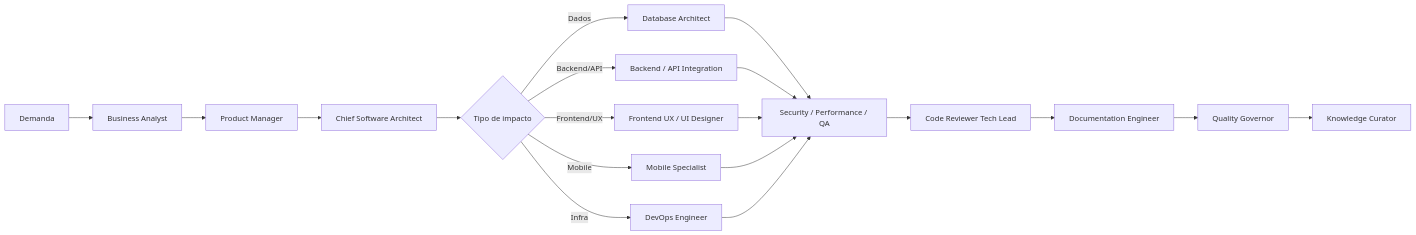
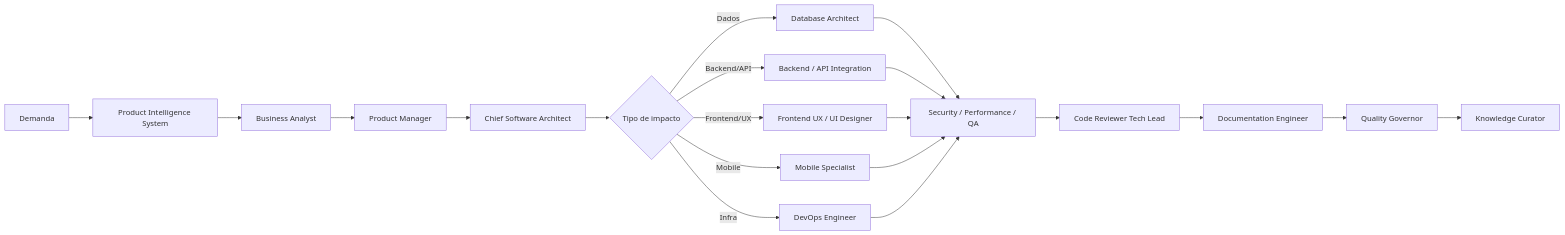
One commit to thyags/method-ceip changed the diagram in AGENTS.md. Above: the diagram before and after it, drawn with Mermaid. The commit also changed other lines of this file and 103 other files, not shown here.

Commit message:
Add Product Intelligence System

````diff
--- a/AGENTS.md
+++ b/AGENTS.md
@@ -45,21 +49,22 @@
 ```mermaid
 flowchart LR
-    A["Demanda"] --> B["Business Analyst"]
+    A["Demanda"] --> A1["Product Intelligence System"]
+    A1 --> B["Business Analyst"]
     B --> C["Product Manager"]
     C --> D["Chief Software Architect"]
     D --> E{"Tipo de impacto"}
     E -->|Dados| F["Database Architect"]
     E -->|Backend/API| G["Backend / API Integration"]
     E -->|Frontend/UX| H["Frontend UX / UI Designer"]
     E -->|Mobile| I["Mobile Specialist"]
     E -->|Infra| J["DevOps Engineer"]
     F --> K["Security / Performance / QA"]
     G --> K
     H --> K
     I --> K
     J --> K
     K --> L["Code Reviewer Tech Lead"]
     L --> M["Documentation Engineer"]
     M --> N["Quality Governor"]
     N --> O["Knowledge Curator"]
 ```
````
